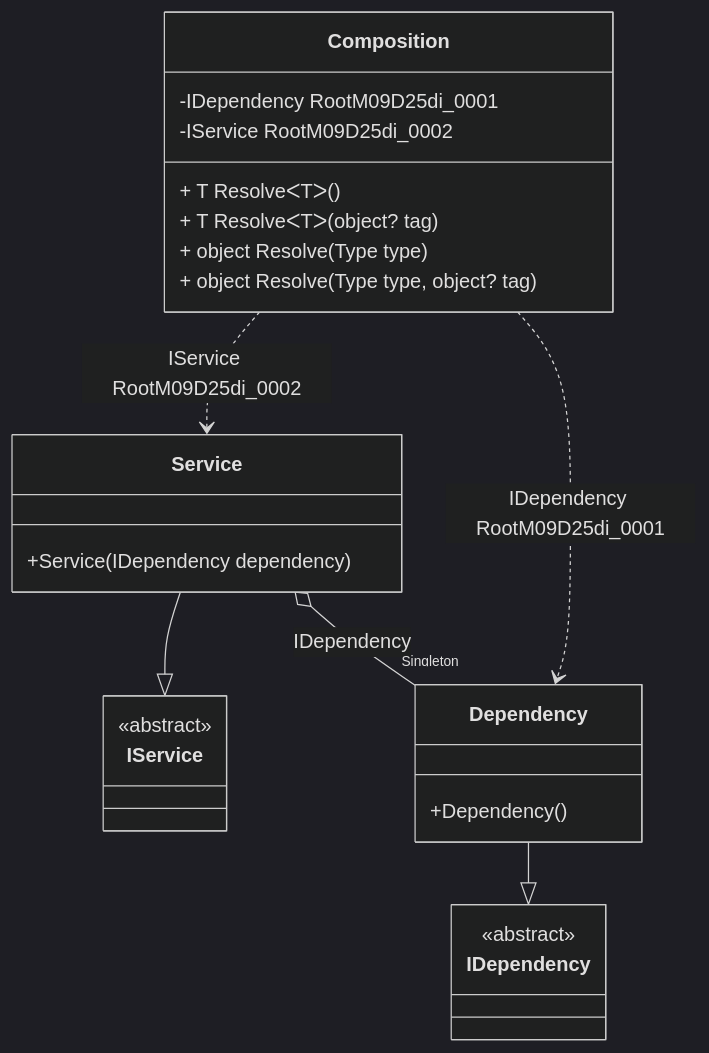
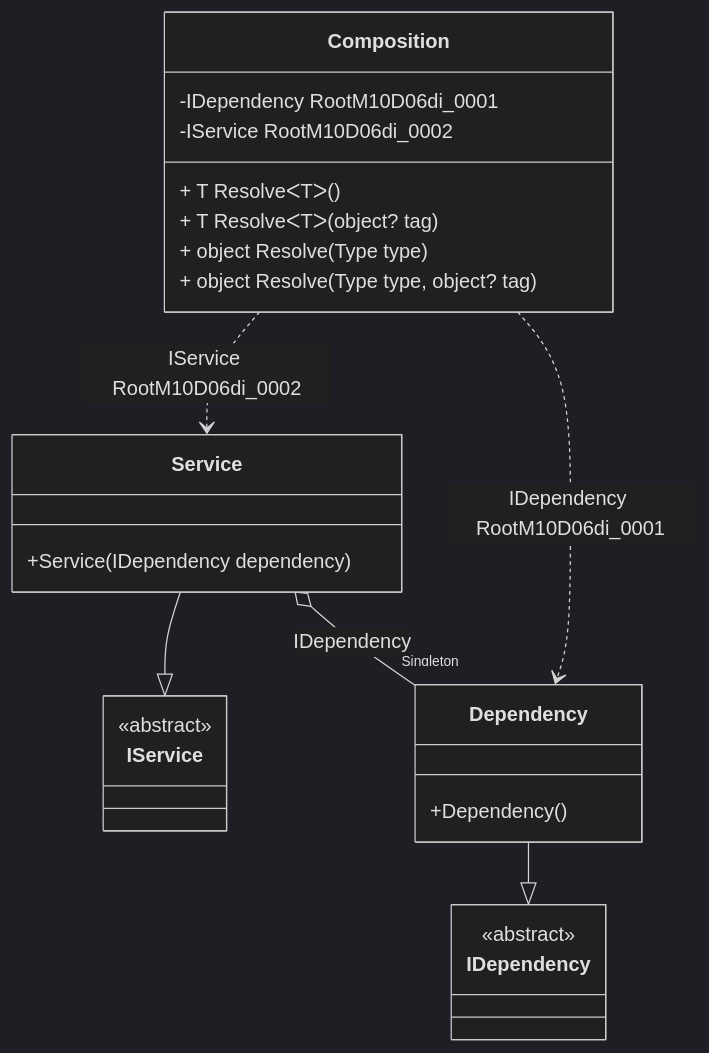
The diagram in readme/service-collection.md (DevTeam/Pure.DI), drawn with Mermaid (dark theme) before and after one commit. The commit also changed other lines of this file and 57 other files, not shown here.

````diff
--- a/readme/service-collection.md
+++ b/readme/service-collection.md
@@ -75,28 +75,28 @@
 ```mermaid
 classDiagram
   class Composition {
-    -IDependency RootM09D25di_0001
-    -IService RootM09D25di_0002
+    -IDependency RootM10D06di_0001
+    -IService RootM10D06di_0002
     + T ResolveᐸTᐳ()
     + T ResolveᐸTᐳ(object? tag)
     + object Resolve(Type type)
     + object Resolve(Type type, object? tag)
   }
   Service --|> IService : 
   class Service {
     +Service(IDependency dependency)
   }
   Dependency --|> IDependency : 
   class Dependency {
     +Dependency()
   }
   class IService {
     <<abstract>>
   }
   class IDependency {
     <<abstract>>
   }
   Service o--  "Singleton" Dependency : IDependency
-  Composition ..> Dependency : IDependency RootM09D25di_0001
-  Composition ..> Service : IService RootM09D25di_0002
+  Composition ..> Dependency : IDependency RootM10D06di_0001
+  Composition ..> Service : IService RootM10D06di_0002
 ```
````
